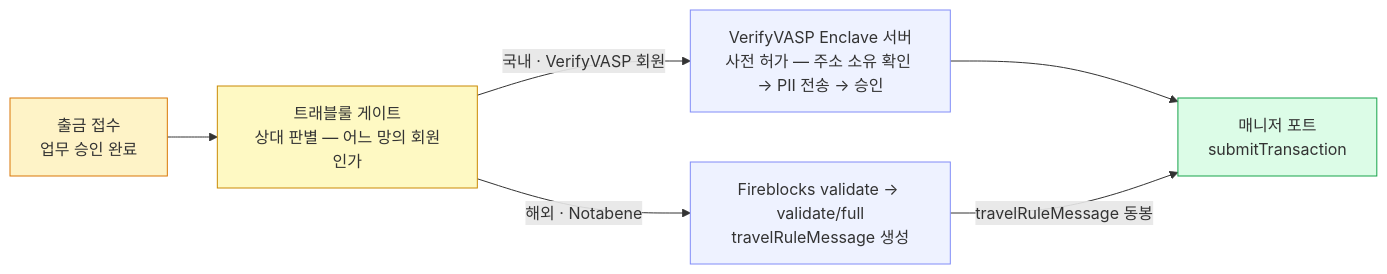
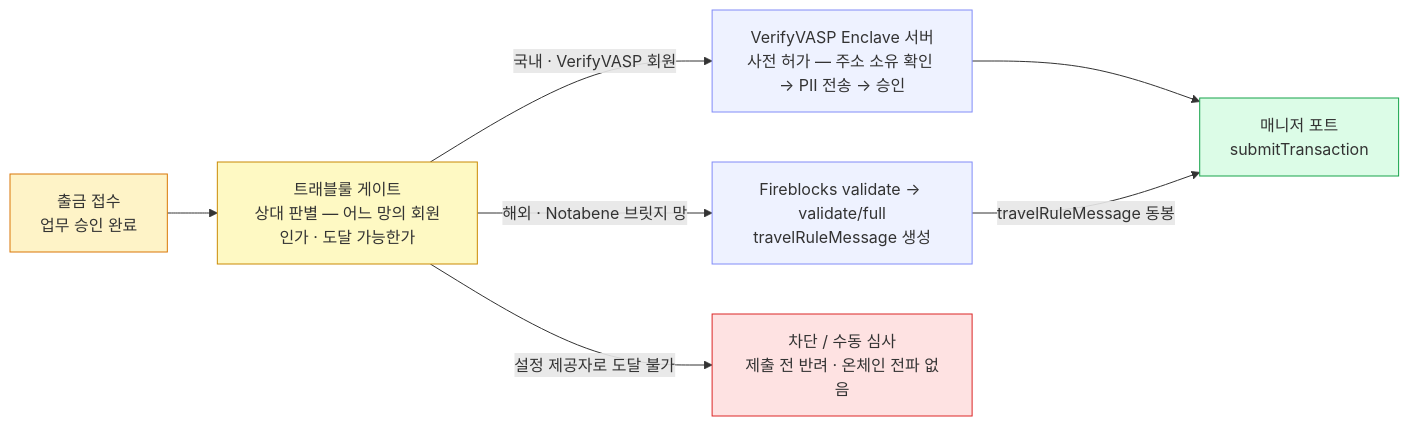
The first of 2 diagrams in blockchain-manager/docs/트래블룰/설계/06-verifyvasp-parallel-gate.md (eunsujeo/eunpus), drawn with Mermaid before and after one commit. The commit also changed other lines of this file and 7 other files, not shown here.

````diff
--- a/blockchain-manager/docs/트래블룰/설계/06-verifyvasp-parallel-gate.md
+++ b/blockchain-manager/docs/트래블룰/설계/06-verifyvasp-parallel-gate.md
@@ -73,14 +81,16 @@
 ```mermaid
 flowchart LR
-    REQ["출금 접수<br/>업무 승인 완료"] --> GATE["트래블룰 게이트<br/>상대 판별 — 어느 망의 회원인가"]
+    REQ["출금 접수<br/>업무 승인 완료"] --> GATE["트래블룰 게이트<br/>상대 판별 — 어느 망의 회원인가 · 도달 가능한가"]
     GATE -->|"국내 · VerifyVASP 회원"| VV["VerifyVASP Enclave 서버<br/>사전 허가 — 주소 소유 확인 → PII 전송 → 승인"]
-    GATE -->|"해외 · Notabene"| NB["Fireblocks validate → validate/full<br/>travelRuleMessage 생성"]
+    GATE -->|"해외 · Notabene 브릿지 망"| NB["Fireblocks validate → validate/full<br/>travelRuleMessage 생성"]
+    GATE -->|"설정 제공자로 도달 불가"| BLK["차단 / 수동 심사<br/>제출 전 반려 · 온체인 전파 없음"]
     VV --> SUB["매니저 포트<br/>submitTransaction"]
     NB -->|"travelRuleMessage 동봉"| SUB
 
     classDef biz fill:#fef3c7,stroke:#d97706;
     classDef gate fill:#fef9c3,stroke:#ca8a04;
     classDef ext fill:#eef2ff,stroke:#818cf8;
     classDef port fill:#dcfce7,stroke:#16a34a;
-    class REQ biz; class GATE gate; class VV,NB ext; class SUB port;
+    classDef bad fill:#fee2e2,stroke:#dc2626;
+    class REQ biz; class GATE gate; class VV,NB ext; class SUB port; class BLK bad;
 ```
````
